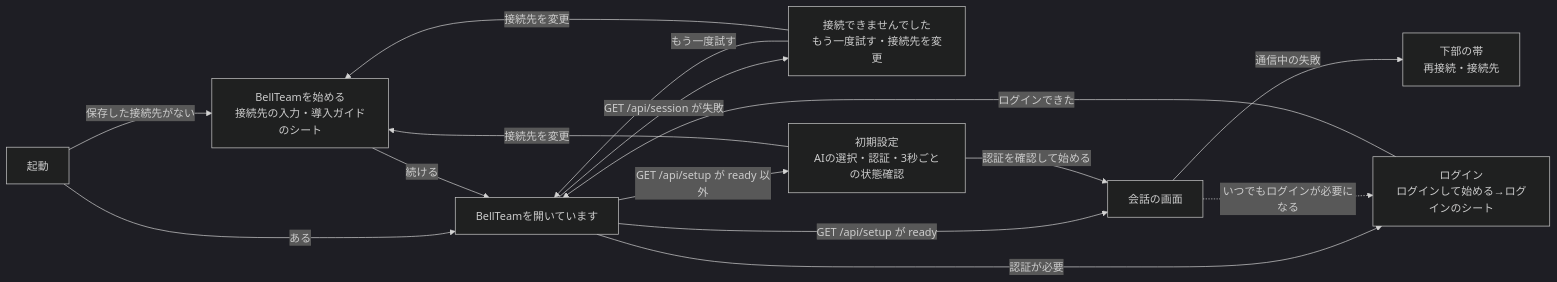
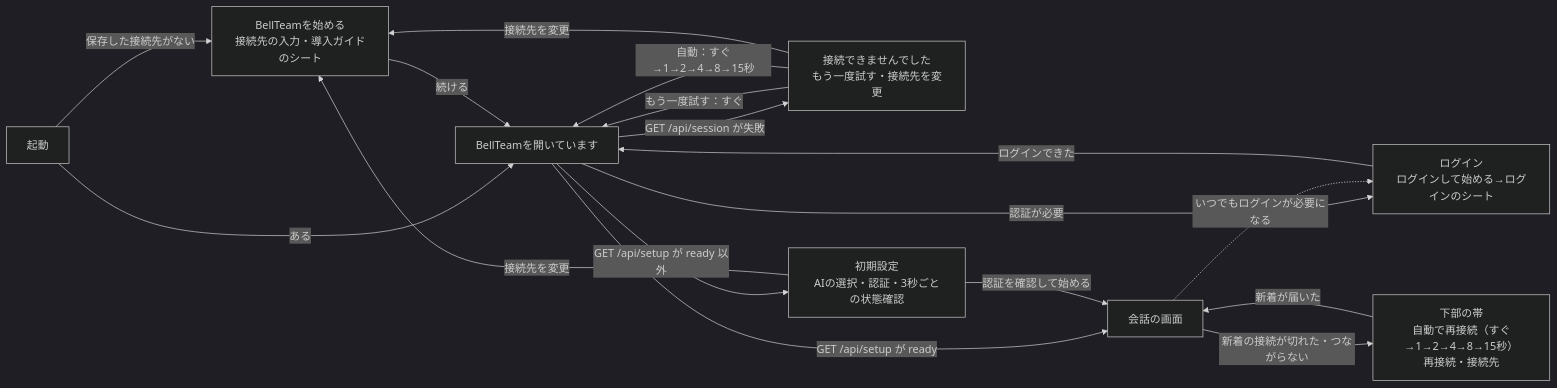
The third of 5 diagrams in docs/windows-architecture.md (kitepon/BellTeam), drawn with Mermaid (dark theme) before and after one commit. The commit also changed other lines of this file and 9 other files, not shown here.

````diff
--- a/docs/windows-architecture.md
+++ b/docs/windows-architecture.md
@@ -57,17 +57,19 @@
 ```mermaid
 flowchart LR
   Launch[起動] -->|保存した接続先がない| Setup[BellTeamを始める<br/>接続先の入力・導入ガイドのシート]
   Launch -->|ある| Opening[BellTeamを開いています]
   Setup -->|続ける| Opening
   Opening -->|GET /api/session が失敗| Failure[接続できませんでした<br/>もう一度試す・接続先を変更]
   Opening -->|認証が必要| SignIn[ログイン<br/>ログインして始める→ログインのシート]
   Opening -->|GET /api/setup が ready 以外| Onboarding[初期設定<br/>AIの選択・認証・3秒ごとの状態確認]
   Opening -->|GET /api/setup が ready| Workspace[会話の画面]
-  Failure -->|もう一度試す| Opening
+  Failure -->|もう一度試す：すぐ| Opening
+  Failure -->|自動：すぐ→1→2→4→8→15秒| Opening
   Failure -->|接続先を変更| Setup
   SignIn -->|ログインできた| Opening
   Onboarding -->|認証を確認して始める| Workspace
   Onboarding -->|接続先を変更| Setup
-  Workspace -->|通信中の失敗| Banner[下部の帯<br/>再接続・接続先]
+  Workspace -->|新着の接続が切れた・つながらない| Banner[下部の帯<br/>自動で再接続（すぐ→1→2→4→8→15秒）<br/>再接続・接続先]
+  Banner -->|新着が届いた| Workspace
   Workspace -.いつでもログインが必要になる.-> SignIn
 ```
````
